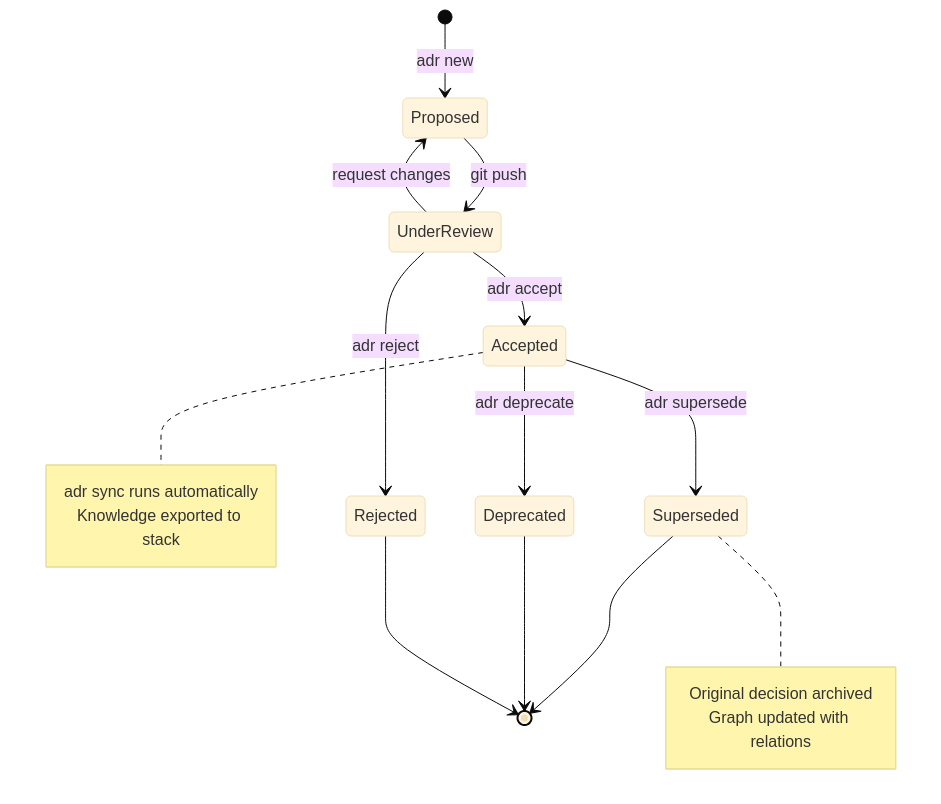
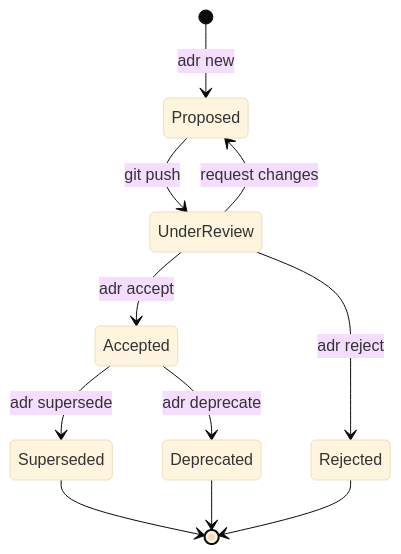
The diagram in README.md (VoidNxSEC/adr-ledger), drawn with Mermaid (base theme) before and after one commit. The commit also changed other lines of this file and 11 other files, not shown here.

````diff
--- a/README.md
+++ b/README.md
@@ -325,23 +187,13 @@
 ```mermaid
 stateDiagram-v2
     [*] --> Proposed: adr new
     Proposed --> UnderReview: git push
     UnderReview --> Proposed: request changes
     UnderReview --> Accepted: adr accept
     UnderReview --> Rejected: adr reject
     Accepted --> Superseded: adr supersede
     Accepted --> Deprecated: adr deprecate
     Superseded --> [*]
     Deprecated --> [*]
     Rejected --> [*]
-
-    note right of Accepted
-        adr sync runs automatically
-        Knowledge exported to stack
-    end note
-
-    note right of Superseded
-        Original decision archived
-        Graph updated with relations
-    end note
 ```
````
